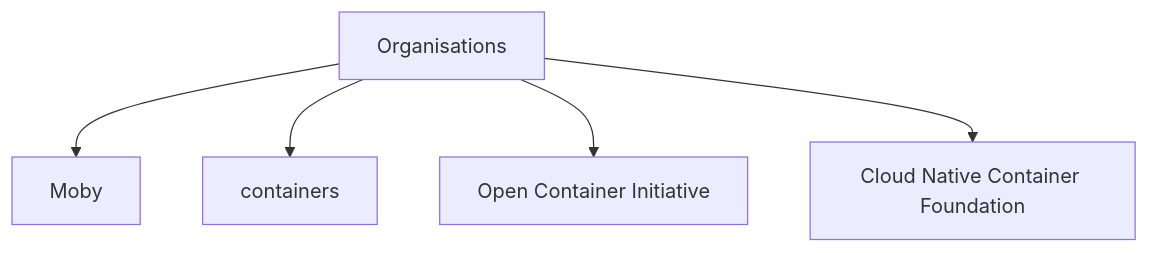
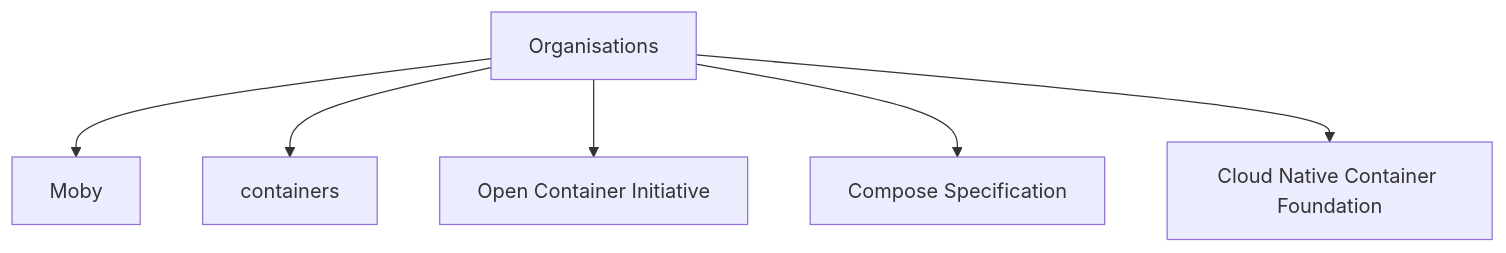
The diagram in LinuxContainers/organisations.md (maneesh29s/digital-garden-notes), drawn with Mermaid before and after one commit. The commit also changed other lines of this file and 7 other files, not shown here.

`````diff
--- a/LinuxContainers/organisations.md
+++ b/LinuxContainers/organisations.md
@@ -13,12 +13,14 @@
-````mermaid
+```mermaid
 flowchart TD
 
 ORGS[Organisations] --> MOBY[Moby]
 
 ORGS --> CONTAINERS[containers]
 
 ORGS --> OCI[Open Container Initiative]
 
+ORGS --> CSP[Compose Specification]
+
 ORGS --> CNCF[Cloud Native Container Foundation]
 
-````
+```
`````
